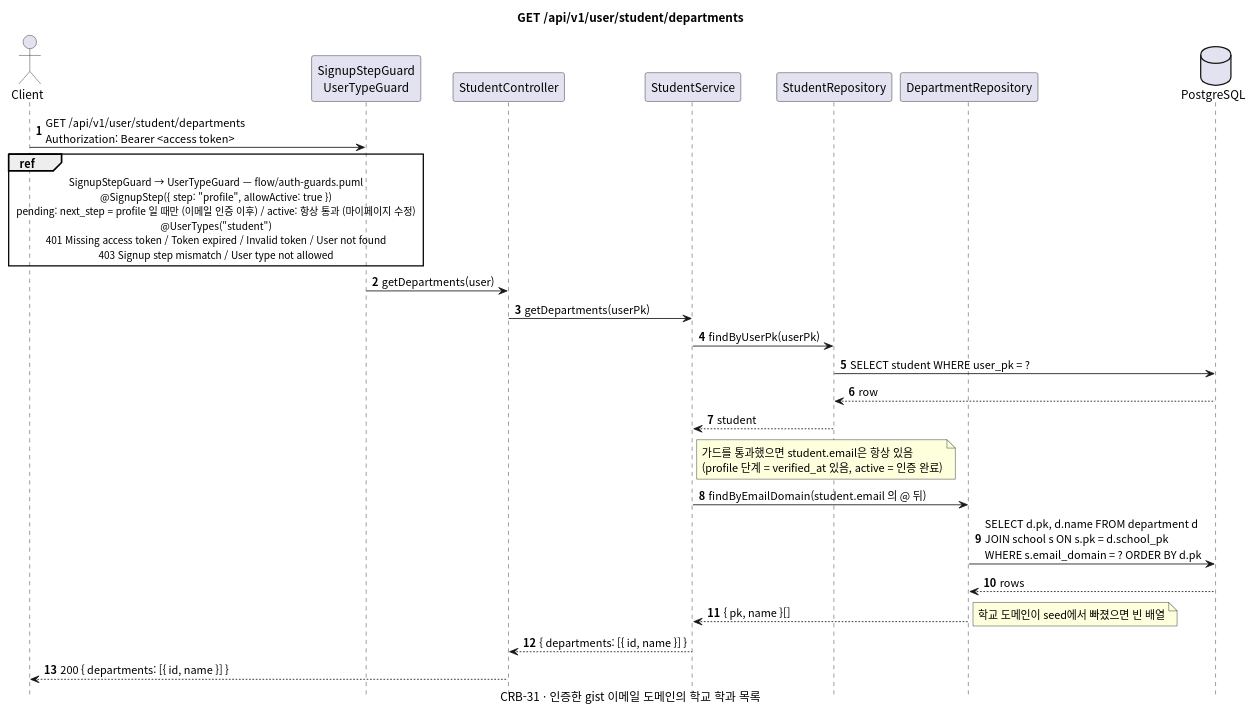
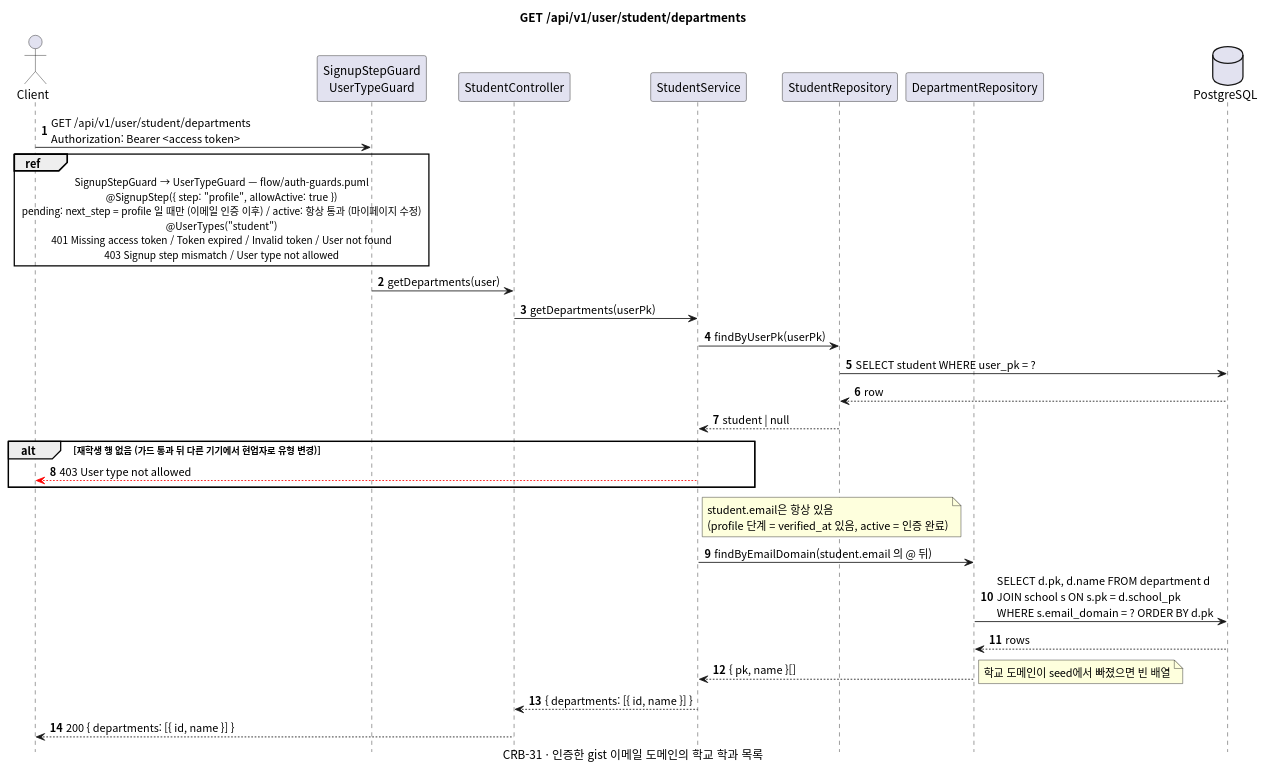
One commit to gsainfoteam/cheers-be changed the diagram in docs/sequence/student/get-departments.puml. Above: the diagram before and after it, drawn with PlantUML. The commit also changed 3 other files, not shown here.

Commit message:
- docs: update student diagrams for review fixes

```diff
--- a/docs/sequence/student/get-departments.puml
+++ b/docs/sequence/student/get-departments.puml
@@ -1,52 +1,55 @@
 @startuml get-departments
 skinparam defaultFontName "Apple SD Gothic Neo", "Noto Sans CJK KR", sans-serif
 skinparam responseMessageBelowArrow true
 skinparam sequenceMessageAlign left
 skinparam maxMessageSize 260
 skinparam BoxPadding 8
 skinparam shadowing false
 autonumber
 hide footbox
 
 title GET /api/v1/user/student/departments
 caption CRB-31 · 인증한 gist 이메일 도메인의 학교 학과 목록
 
 actor Client
 participant "SignupStepGuard\nUserTypeGuard" as Guard
 participant "StudentController" as Controller
 participant "StudentService" as Service
 participant "StudentRepository" as StudentRepository
 participant "DepartmentRepository" as DepartmentRepository
 database PostgreSQL
 
 Client -> Guard: GET /api/v1/user/student/departments\nAuthorization: Bearer <access token>
 ref over Client, Guard
   SignupStepGuard → UserTypeGuard — flow/auth-guards.puml
   @SignupStep({ step: "profile", allowActive: true })
   pending: next_step = profile 일 때만 (이메일 인증 이후) / active: 항상 통과 (마이페이지 수정)
   @UserTypes("student")
   401 Missing access token / Token expired / Invalid token / User not found
   403 Signup step mismatch / User type not allowed
 end ref
 Guard -> Controller: getDepartments(user)
 Controller -> Service: getDepartments(userPk)
 
 Service -> StudentRepository: findByUserPk(userPk)
 StudentRepository -> PostgreSQL: SELECT student WHERE user_pk = ?
 PostgreSQL --> StudentRepository: row
-StudentRepository --> Service: student
+StudentRepository --> Service: student | null
+alt 재학생 행 없음 (가드 통과 뒤 다른 기기에서 현업자로 유형 변경)
+  Service -[#red]-> Client: 403 User type not allowed
+end
 note right of Service
-  가드를 통과했으면 student.email은 항상 있음
+  student.email은 항상 있음
   (profile 단계 = verified_at 있음, active = 인증 완료)
 end note
 
 Service -> DepartmentRepository: findByEmailDomain(student.email 의 @ 뒤)
 DepartmentRepository -> PostgreSQL: SELECT d.pk, d.name FROM department d\nJOIN school s ON s.pk = d.school_pk\nWHERE s.email_domain = ? ORDER BY d.pk
 PostgreSQL --> DepartmentRepository: rows
 DepartmentRepository --> Service: { pk, name }[]
 note right: 학교 도메인이 seed에서 빠졌으면 빈 배열
 
 Service --> Controller: { departments: [{ id, name }] }
 Controller --> Client: 200 { departments: [{ id, name }] }
 
 @enduml
```
